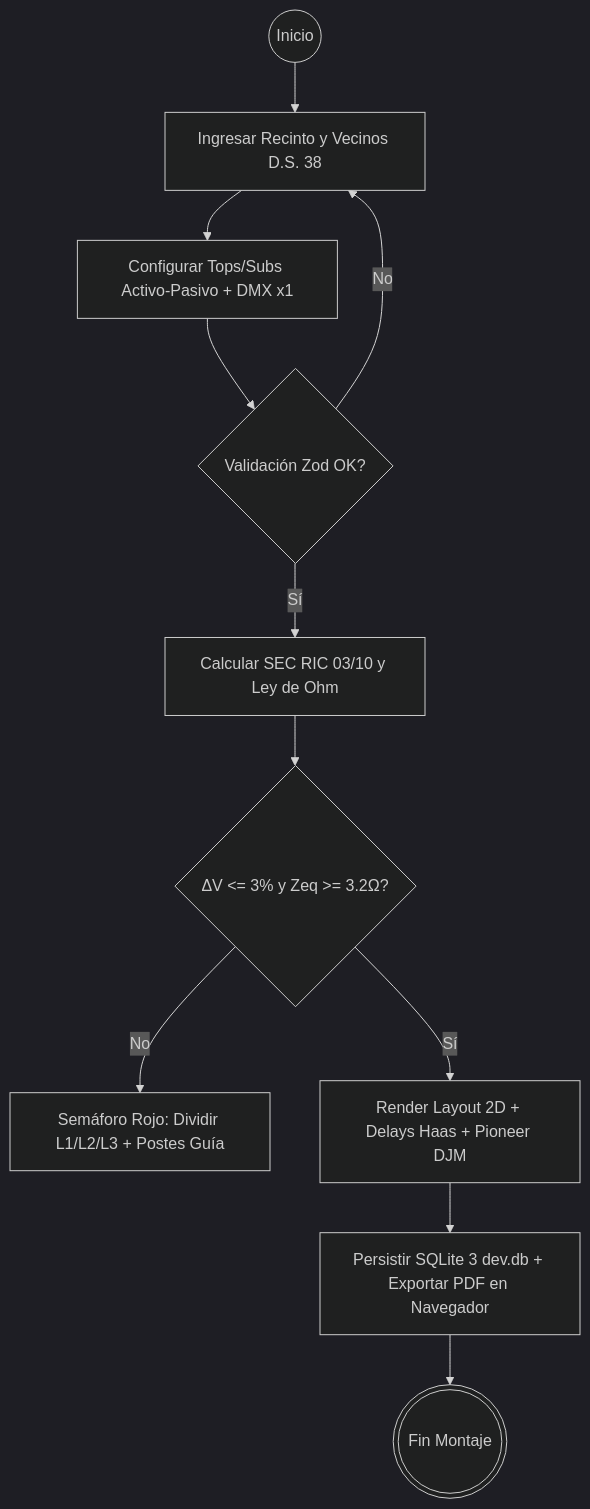
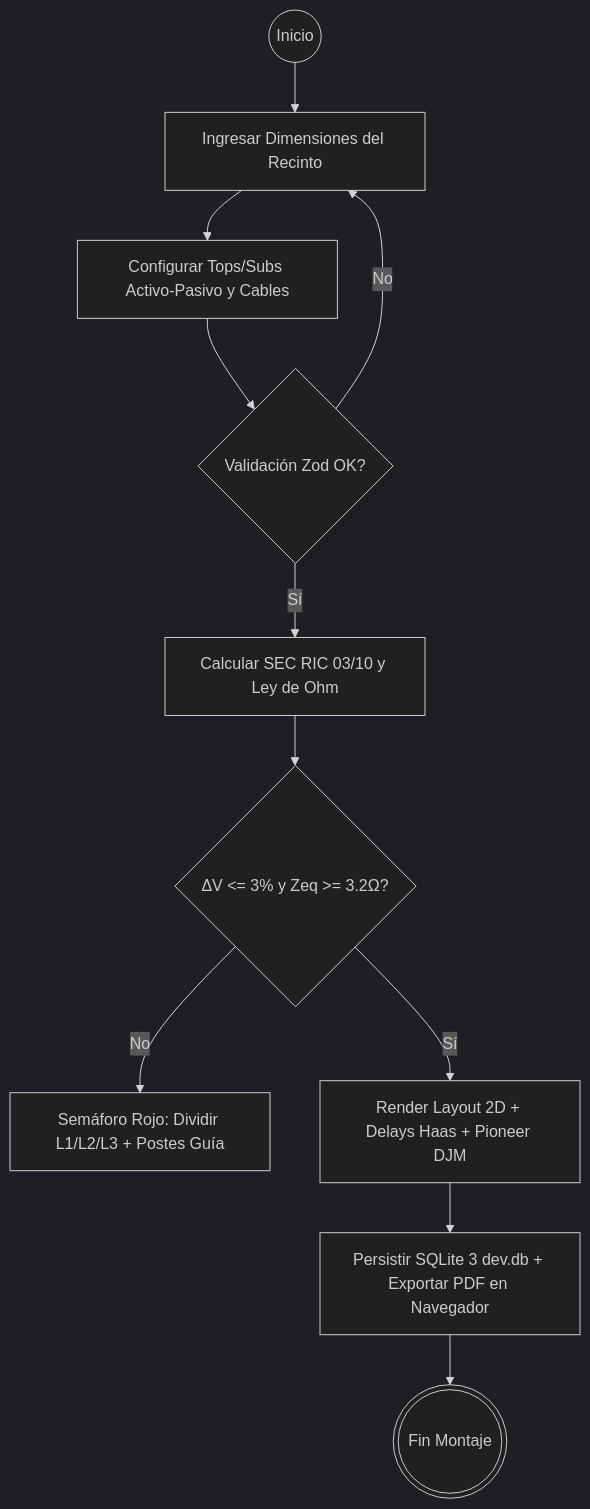
The second of 3 diagrams in INFORME_SUMATIVA_02_TIHV43_MAURICIO_VEGA.md (MauricioVega01/stage-plan), drawn with Mermaid (dark theme) before and after one commit. The commit also changed other lines of this file and 7 other files, not shown here.

````diff
--- a/INFORME_SUMATIVA_02_TIHV43_MAURICIO_VEGA.md
+++ b/INFORME_SUMATIVA_02_TIHV43_MAURICIO_VEGA.md
@@ -459,13 +458,13 @@
 ```mermaid
 flowchart TD
-  I((Inicio)) --> A[Ingresar Recinto y Vecinos D.S. 38]
-  A --> B[Configurar Tops/Subs Activo-Pasivo + DMX x1]
+  I((Inicio)) --> A[Ingresar Dimensiones del Recinto]
+  A --> B[Configurar Tops/Subs Activo-Pasivo y Cables]
   B --> V{Validación Zod OK?}
   V -- No --> A
   V -- Sí --> C[Calcular SEC RIC 03/10 y Ley de Ohm]
   C --> G{ΔV <= 3% y Zeq >= 3.2Ω?}
   G -- No --> R[Semáforo Rojo: Dividir L1/L2/L3 + Postes Guía]
   G -- Sí --> O[Render Layout 2D + Delays Haas + Pioneer DJM]
   O --> P[Persistir SQLite 3 dev.db + Exportar PDF en Navegador]
   P --> F(((Fin Montaje)))
 ```
````
